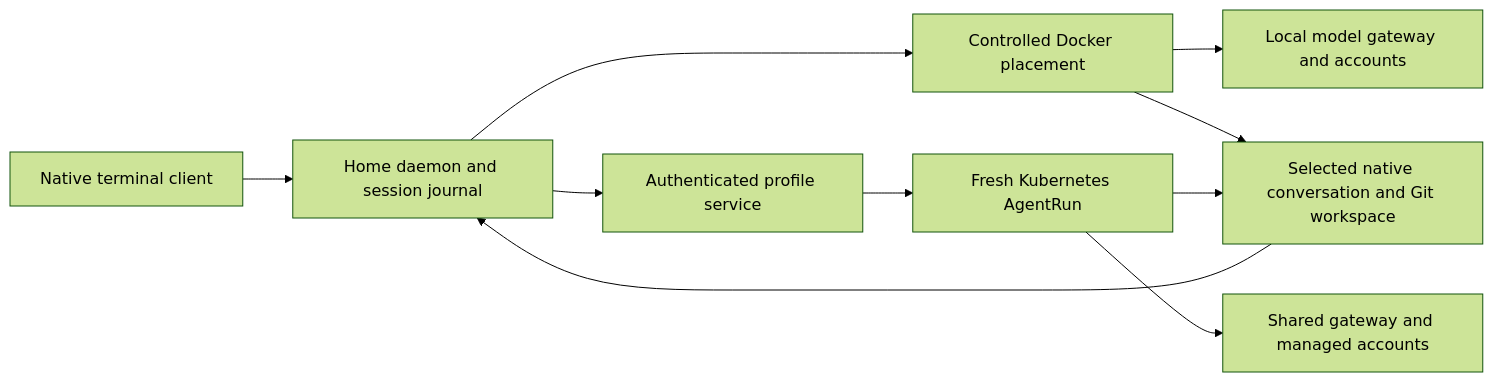
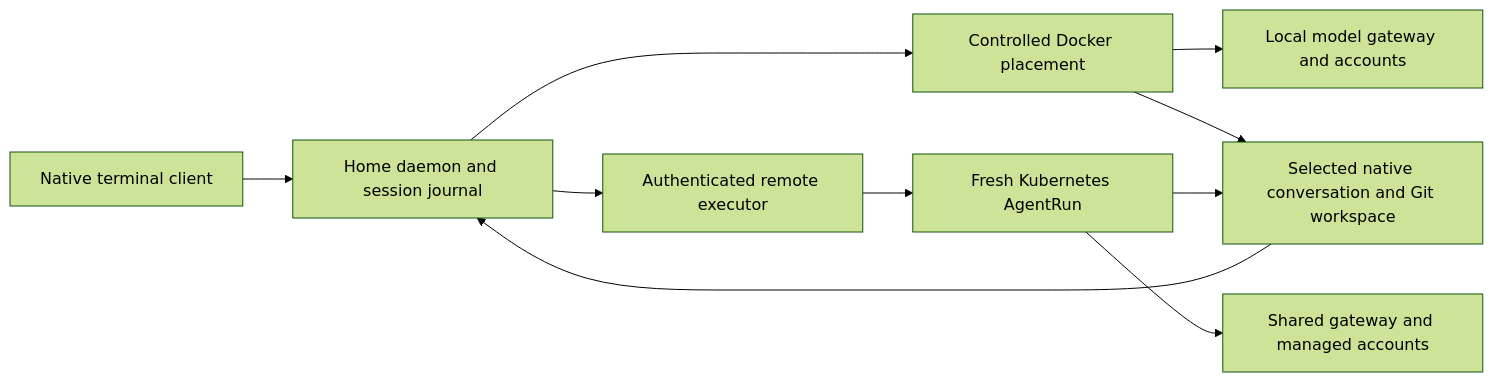
Before and after one commit to andrewmccall/sproozi: the second of 2 diagrams in docs/explanations/system-architecture.md, drawn with Mermaid (forest theme). The commit also changed other lines of this file and 7 other files, not shown here.

First line of the commit message:
Call the profile service a remote executor and define the profile

````diff
--- a/docs/explanations/system-architecture.md
+++ b/docs/explanations/system-architecture.md
@@ -169,12 +169,12 @@
 ```mermaid
 flowchart LR
     CLI[Native terminal client] --> Home[Home daemon and session journal]
     Home --> Docker[Controlled Docker placement]
-    Home --> Profile[Authenticated profile service]
-    Profile --> Run[Fresh Kubernetes AgentRun]
+    Home --> Executor[Authenticated remote executor]
+    Executor --> Run[Fresh Kubernetes AgentRun]
     Docker --> LocalGateway[Local model gateway and accounts]
     Run --> Gateway[Shared gateway and managed accounts]
     Docker --> Checkpoint[Selected native conversation and Git workspace]
     Run --> Checkpoint
     Checkpoint --> Home
 ```
````
